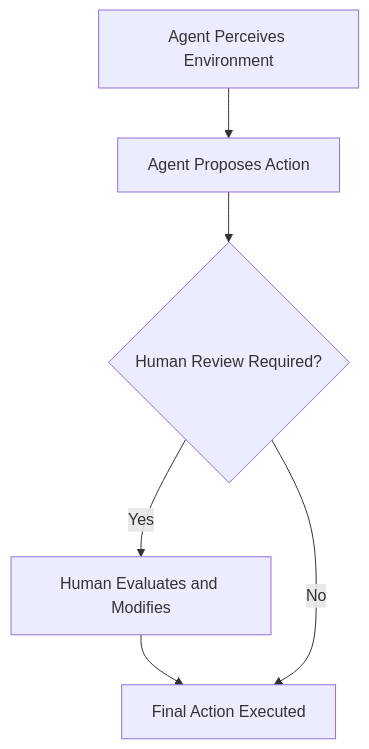
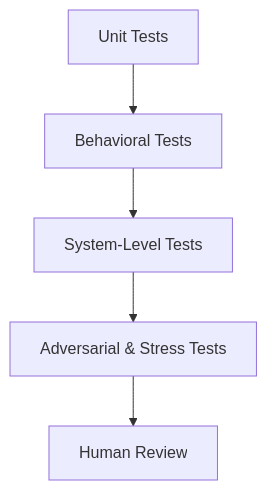
One commit to m-rizqinovniari/agentic-handbook changed the first of 4 diagrams in docusaurus/docs/part-2/chapter-8.md. Above: the diagram before and after it, drawn with Mermaid. The commit also changed other lines of this file and 19 other files, not shown here.

````diff
--- a/docusaurus/docs/part-2/chapter-8.md
+++ b/docusaurus/docs/part-2/chapter-8.md
@@ -78,8 +128,7 @@
 ```mermaid
 flowchart TD
-    A[Agent Perceives Environment] --> B[Agent Proposes Action]
-    B --> C{Human Review Required?}
-    C -- Yes --> D[Human Evaluates and Modifies]
-    D --> E[Final Action Executed]
-    C -- No --> E[Final Action Executed]
+    A[Unit Tests] --> B[Behavioral Tests]
+    B --> C[System-Level Tests]
+    C --> D[Adversarial & Stress Tests]
+    D --> E[Human Review]
 ```
````
